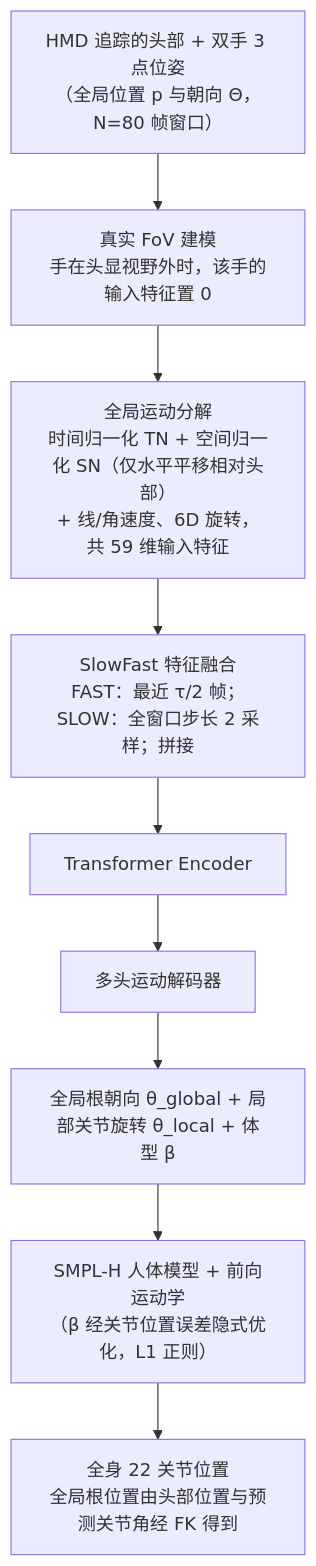
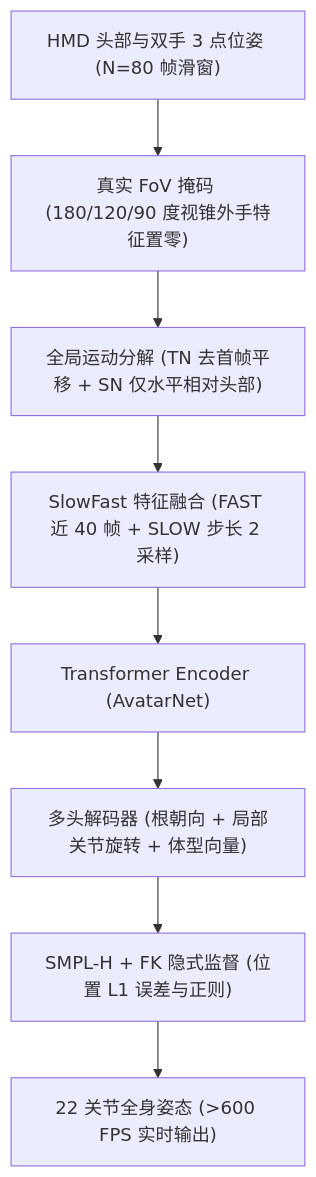
One commit to ImChong/Robotics_Notebooks changed the first of 2 diagrams in wiki/entities/paper-notebook-egoposer-robust-real-time-egocentric-pose-estima.md. Above: the diagram before and after it, drawn with Mermaid. The commit also changed other lines of this file and 151 other files, not shown here.

````diff
--- a/wiki/entities/paper-notebook-egoposer-robust-real-time-egocentric-pose-estima.md
+++ b/wiki/entities/paper-notebook-egoposer-robust-real-time-egocentric-pose-estima.md
@@ -46,11 +69,10 @@
 ```mermaid
 flowchart TD
-    IN["HMD 追踪的头部 + 双手 3 点位姿<br/>（全局位置 p 与朝向 Θ，N=80 帧窗口）"] --> FOV["真实 FoV 建模<br/>手在头显视野外时，该手的输入特征置 0"]
-    FOV --> GMD["全局运动分解<br/>时间归一化 TN + 空间归一化 SN（仅水平平移相对头部）<br/>+ 线/角速度、6D 旋转，共 59 维输入特征"]
-    GMD --> SF["SlowFast 特征融合<br/>FAST：最近 τ/2 帧；SLOW：全窗口步长 2 采样；拼接"]
-    SF --> TE["Transformer Encoder"]
-    TE --> DEC["多头运动解码器"]
-    DEC --> OUT["全局根朝向 θ_global + 局部关节旋转 θ_local + 体型 β"]
-    OUT --> SMPL["SMPL-H 人体模型 + 前向运动学<br/>（β 经关节位置误差隐式优化，L1 正则）"]
-    SMPL --> POSE["全身 22 关节位置<br/>全局根位置由头部位置与预测关节角经 FK 得到"]
+    IN["HMD 头部与双手 3 点位姿 (N=80 帧滑窗)"] --> FOV["真实 FoV 掩码 (180/120/90 度视锥外手特征置零)"]
+    FOV --> GMD["全局运动分解 (TN 去首帧平移 + SN 仅水平相对头部)"]
+    GMD --> SF["SlowFast 特征融合 (FAST 近 40 帧 + SLOW 步长 2 采样)"]
+    SF --> TE["Transformer Encoder (AvatarNet)"]
+    TE --> DEC["多头解码器 (根朝向 + 局部关节旋转 + 体型向量)"]
+    DEC --> SMPL["SMPL-H + FK 隐式监督 (位置 L1 误差与正则)"]
+    SMPL --> POSE["22 关节全身姿态 (>600 FPS 实时输出)"]
 ```
````
